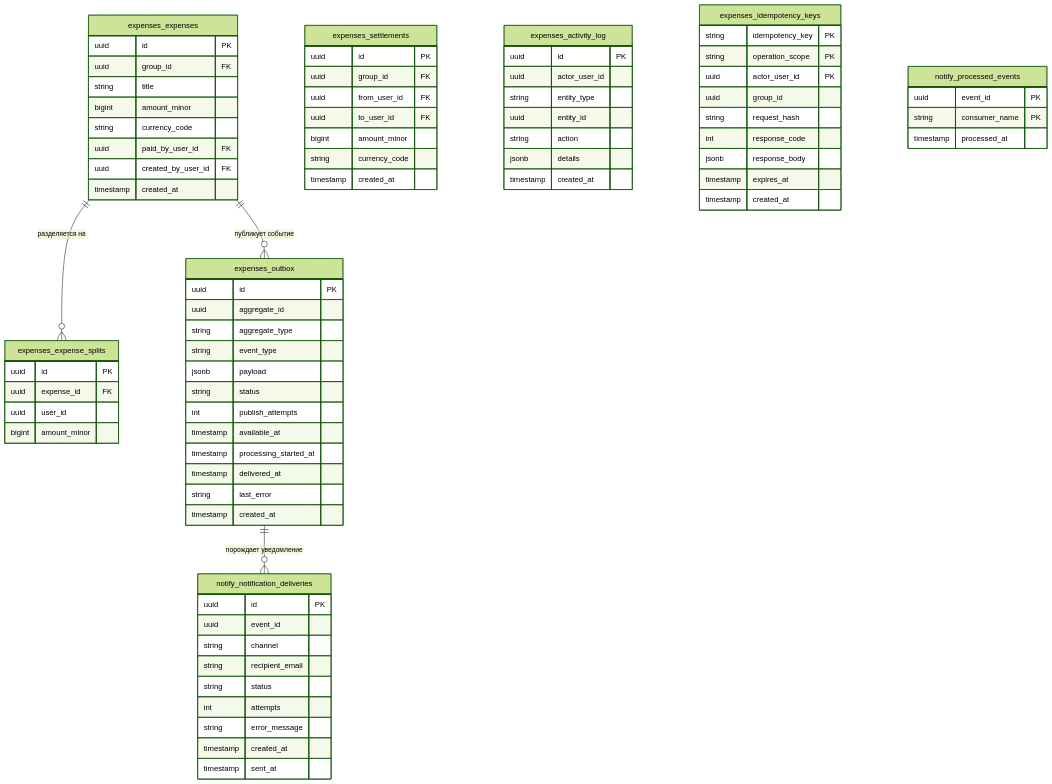
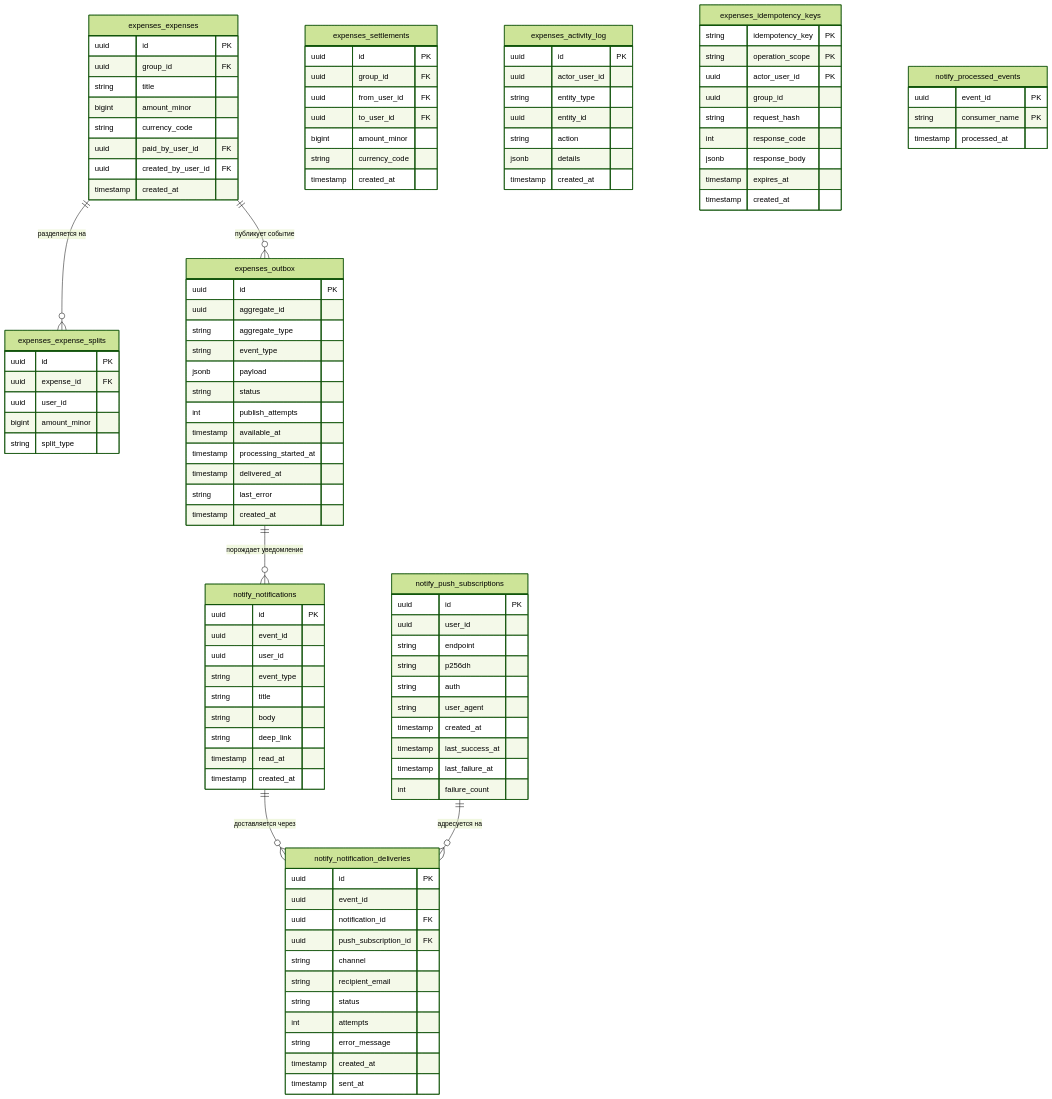
One commit to Vertenz/vkr-text changed the second of 2 diagrams in 1_5_проектирование_бд.md. Above: the diagram before and after it, drawn with Mermaid (forest theme). The commit also changed other lines of this file and 5 other files, not shown here.

````diff
--- a/1_5_проектирование_бд.md
+++ b/1_5_проектирование_бд.md
@@ -202,6 +211,7 @@
         uuid expense_id FK
         uuid user_id
         bigint amount_minor
+        string split_type
     }
     expenses_settlements {
         uuid id PK
@@ -248,9 +258,34 @@
     }
 
     %% ── Схема notify ─────────────────────────────────────
+    notify_notifications {
+        uuid id PK
+        uuid event_id
+        uuid user_id
+        string event_type
+        string title
+        string body
+        string deep_link
+        timestamp read_at
+        timestamp created_at
+    }
+    notify_push_subscriptions {
+        uuid id PK
+        uuid user_id
+        string endpoint
+        string p256dh
+        string auth
+        string user_agent
+        timestamp created_at
+        timestamp last_success_at
+        timestamp last_failure_at
+        int failure_count
+    }
     notify_notification_deliveries {
         uuid id PK
         uuid event_id
+        uuid notification_id FK
+        uuid push_subscription_id FK
         string channel
         string recipient_email
         string status
@@ -269,6 +304,10 @@
     expenses_expenses ||--o{ expenses_expense_splits : "разделяется на"
     expenses_expenses ||--o{ expenses_outbox : "публикует событие"
 
+    %% ── Связи notify (внутренние) ────────────────────────
+    notify_notifications ||--o{ notify_notification_deliveries : "доставляется через"
+    notify_push_subscriptions ||--o{ notify_notification_deliveries : "адресуется на"
+
     %% ── Логическая связь notify → expenses.outbox ────────
-    expenses_outbox ||--o{ notify_notification_deliveries : "порождает уведомление"
+    expenses_outbox ||--o{ notify_notifications : "порождает уведомление"
 ```
````
